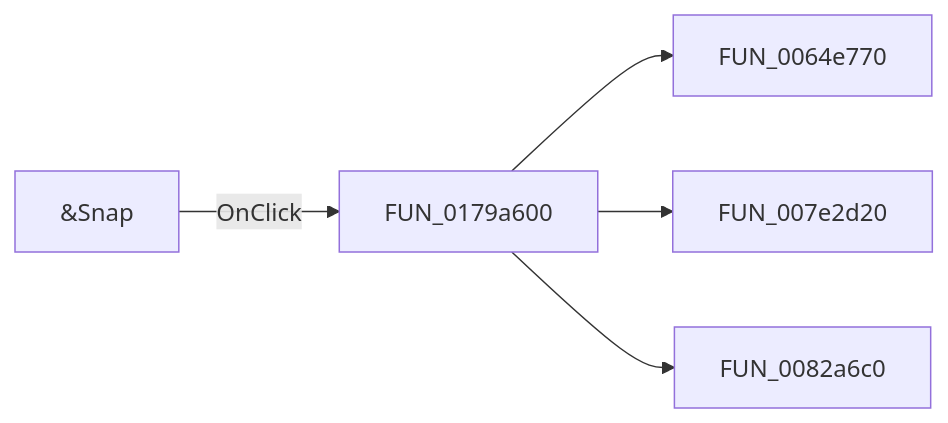
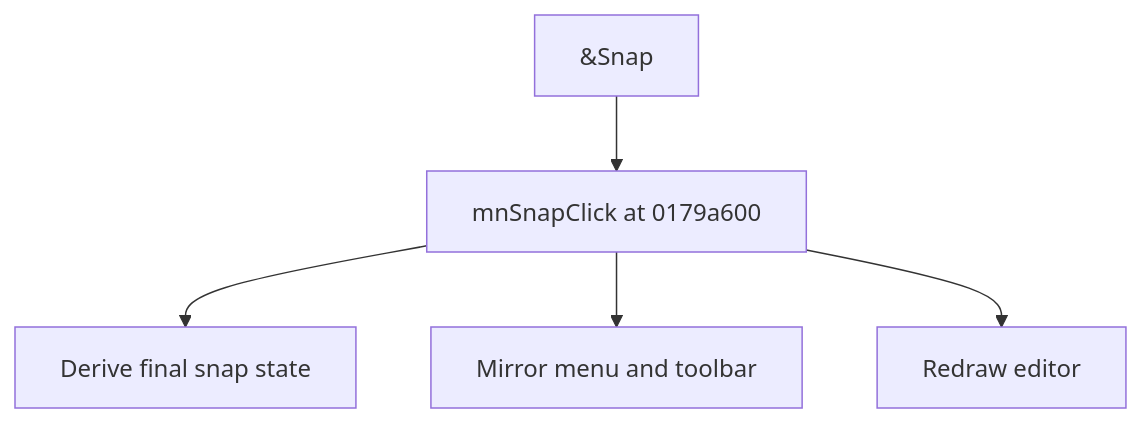
Before and after one commit to MovGP0/TIARA: the diagram in docs/ui-controls/shapeedit/mnsnap-347e0c4844.md, drawn with Mermaid. The commit also changed other lines of this file and 1062 other files, not shown here.

````diff
--- a/docs/ui-controls/shapeedit/mnsnap-347e0c4844.md
+++ b/docs/ui-controls/shapeedit/mnsnap-347e0c4844.md
@@ -27,7 +27,7 @@
 ```mermaid
-flowchart LR
-    control["&Snap"] -->|OnClick| handler["FUN_0179a600"]
-    handler --> call1["FUN_0064e770"]
-    handler --> call2["FUN_007e2d20"]
-    handler --> call3["FUN_0082a6c0"]
+flowchart TD
+    control["&Snap"] --> handler["mnSnapClick at 0179a600"]
+    handler --> step1["Derive final snap state"]
+    handler --> step2["Mirror menu and toolbar"]
+    handler --> step3["Redraw editor"]
 ```
````
